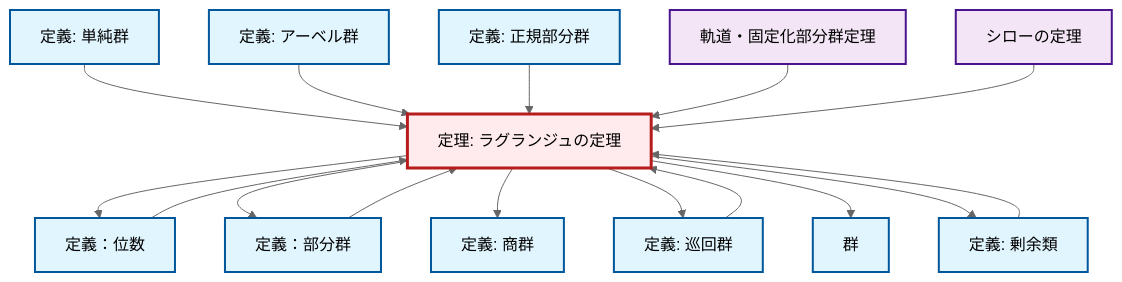
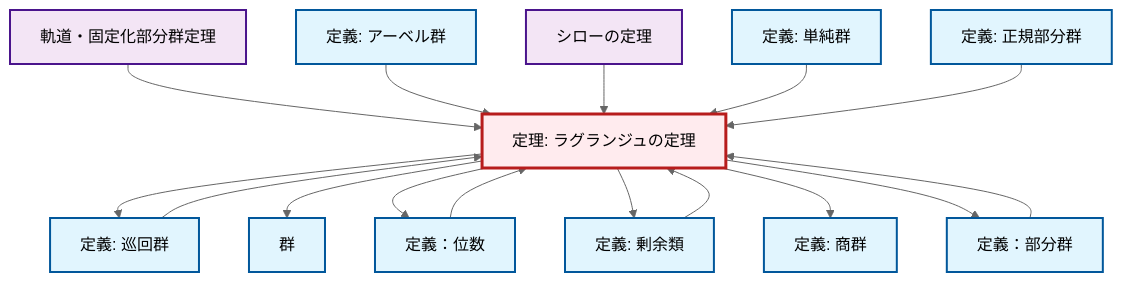
One commit to RK0429/ModernMath changed the diagram in content/ja/algebra/thm-lagrange.qmd. Above: the diagram before and after it, drawn with Mermaid (neutral theme). The commit also changed other lines of this file and 1012 other files, not shown here.

````diff
--- a/content/ja/algebra/thm-lagrange.qmd
+++ b/content/ja/algebra/thm-lagrange.qmd
@@ -55,48 +55,48 @@
 ```{mermaid}
 %%| fig-cap: "Local dependency graph"
 graph TD
     classDef definition fill:#e1f5fe,stroke:#01579b,stroke-width:2px
     classDef theorem fill:#f3e5f5,stroke:#4a148c,stroke-width:2px
     classDef axiom fill:#fff3e0,stroke:#e65100,stroke-width:2px
     classDef example fill:#e8f5e9,stroke:#1b5e20,stroke-width:2px
     classDef current fill:#ffebee,stroke:#b71c1c,stroke-width:3px
+    def-simple-group["定義: 単純群"]:::definition
+    def-subgroup["定義：部分群"]:::definition
+    thm-orbit-stabilizer["軌道・固定化部分群定理"]:::theorem
+    def-cyclic-group["定義: 巡回群"]:::definition
+    def-order["定義：位数"]:::definition
     thm-lagrange["定理: ラグランジュの定理"]:::theorem
-    def-cyclic-group["定義: 巡回群"]:::definition
-    thm-orbit-stabilizer["軌道・固定化部分群定理"]:::theorem
+    def-abelian-group["定義: アーベル群"]:::definition
+    thm-sylow["シローの定理"]:::theorem
     def-normal-subgroup["定義: 正規部分群"]:::definition
-    thm-sylow["シローの定理"]:::theorem
-    def-order["定義：位数"]:::definition
-    def-subgroup["定義：部分群"]:::definition
+    def-coset["定義: 剰余類"]:::definition
     def-quotient-group["定義: 商群"]:::definition
-    def-abelian-group["定義: アーベル群"]:::definition
-    def-coset["定義: 剰余類"]:::definition
-    def-simple-group["定義: 単純群"]:::definition
     def-group["群"]:::definition
+    thm-lagrange --> def-cyclic-group
+    thm-orbit-stabilizer --> thm-lagrange
+    thm-lagrange --> def-group
+    thm-lagrange --> def-order
+    thm-lagrange --> def-coset
+    def-subgroup --> thm-lagrange
+    def-abelian-group --> thm-lagrange
+    def-coset --> thm-lagrange
+    thm-lagrange --> def-quotient-group
+    thm-lagrange --> def-subgroup
+    thm-sylow --> thm-lagrange
+    def-simple-group --> thm-lagrange
+    def-order --> thm-lagrange
     def-cyclic-group --> thm-lagrange
-    thm-lagrange --> def-order
-    thm-lagrange --> def-subgroup
-    def-simple-group --> thm-lagrange
-    def-coset --> thm-lagrange
-    def-abelian-group --> thm-lagrange
     def-normal-subgroup --> thm-lagrange
-    def-order --> thm-lagrange
-    thm-lagrange --> def-quotient-group
-    thm-lagrange --> def-cyclic-group
-    thm-lagrange --> def-group
-    thm-orbit-stabilizer --> thm-lagrange
-    thm-sylow --> thm-lagrange
-    def-subgroup --> thm-lagrange
-    thm-lagrange --> def-coset
     class thm-lagrange current
+    click def-simple-group "def-simple-group.html" "単純群の定義へ"
+    click def-subgroup "def-subgroup.html" "定義：部分群へ"
+    click thm-orbit-stabilizer "thm-orbit-stabilizer.html" "軌道・固定化部分群定理へ"
     click def-cyclic-group "def-cyclic-group.html" "巡回群の定義へ"
-    click thm-orbit-stabilizer "thm-orbit-stabilizer.html" "軌道・固定化部分群定理へ"
+    click def-order "def-order.html" "定義：位数へ"
+    click def-abelian-group "def-abelian-group.html" "アーベル群の定義へ"
+    click thm-sylow "thm-sylow.html" "シローの定理へ"
     click def-normal-subgroup "def-normal-subgroup.html" "正規部分群の定義へ"
-    click thm-sylow "thm-sylow.html" "シローの定理へ"
-    click def-order "def-order.html" "定義：位数へ"
-    click def-subgroup "def-subgroup.html" "定義：部分群へ"
+    click def-coset "def-coset.html" "剰余類の定義へ"
     click def-quotient-group "def-quotient-group.html" "商群の定義へ"
-    click def-abelian-group "def-abelian-group.html" "アーベル群の定義へ"
-    click def-coset "def-coset.html" "剰余類の定義へ"
-    click def-simple-group "def-simple-group.html" "単純群の定義へ"
     click def-group "def-group.html" "群へ"
 ```
````
